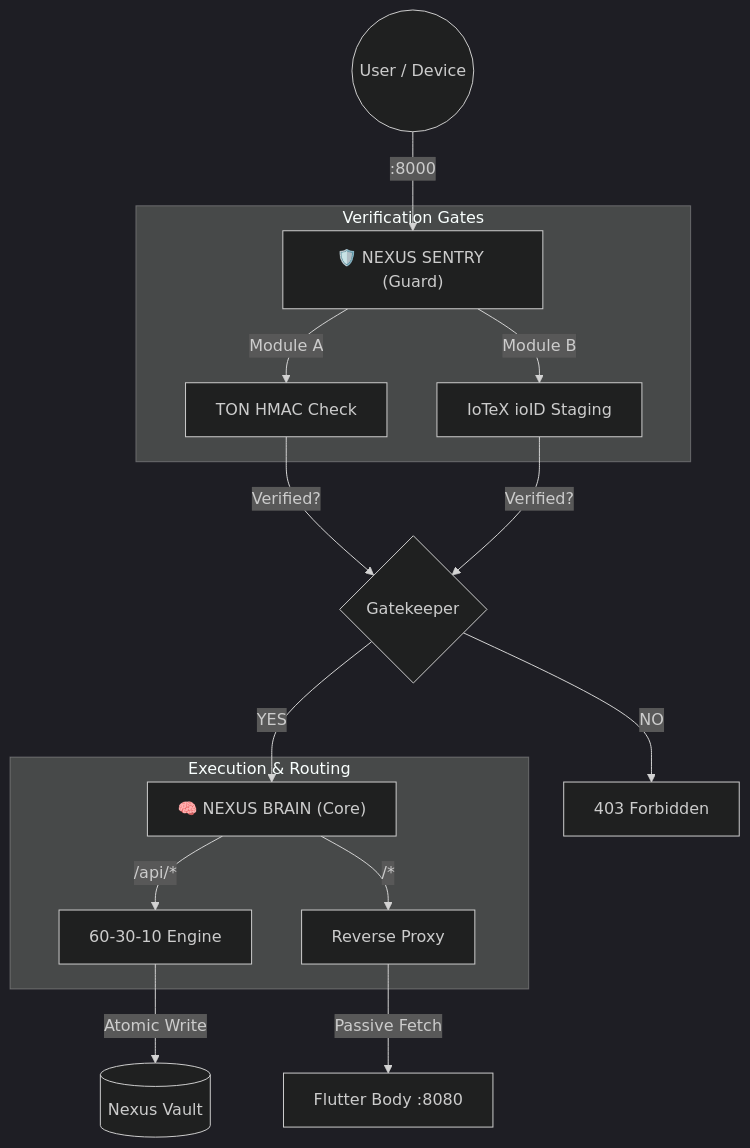
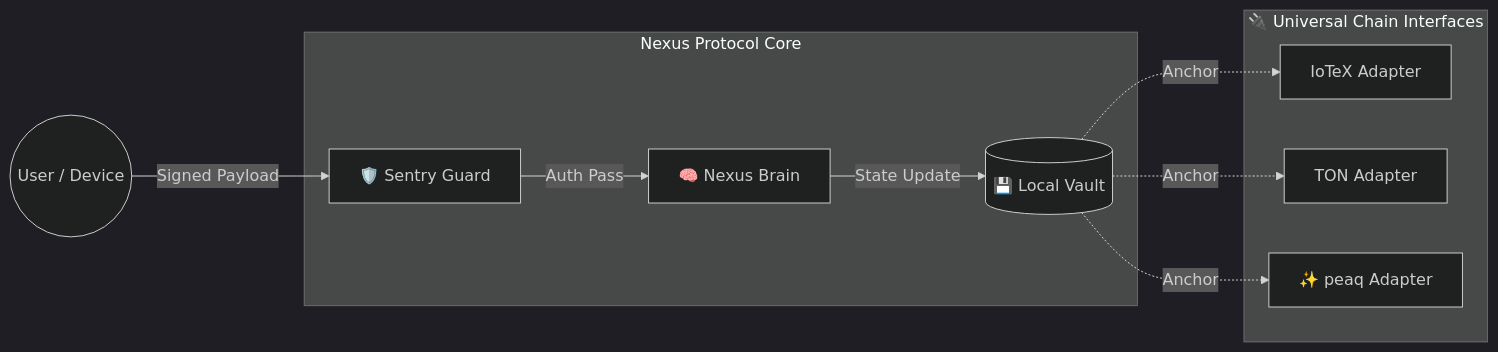
One commit to arhantbarmate/nexus-core changed the diagram in docs/ARCHITECTURE.md. Above: the diagram before and after it, drawn with Mermaid (dark theme). The commit also changed other lines of this file, not shown here.

Commit message:
docs: complete rewrite of architecture spec

````diff
--- a/docs/ARCHITECTURE.md
+++ b/docs/ARCHITECTURE.md
@@ -26,22 +14,15 @@
 ```mermaid
-graph TD
-    User((User / Device)) -->|:8000| Sentry["🛡️ NEXUS SENTRY (Guard)"]
+graph LR
+    User((User / Device)) -->|Signed Payload| Sentry[🛡️ Sentry Guard]
     
-    subgraph Sentry_Modules [Verification Gates]
-        Sentry -->|Module A| TON[TON HMAC Check]
-        Sentry -->|Module B| IOTX[IoTeX ioID Staging]
-    end
-
-    TON & IOTX -->|Verified?| Logic{Gatekeeper}
-    
-    Logic -->|NO| Reject[403 Forbidden]
-    Logic -->|YES| Brain["🧠 NEXUS BRAIN (Core)"]
-    
-    subgraph Brain_Internals [Execution & Routing]
-        Brain -->|/api/*| Engine[60-30-10 Engine]
-        Brain -->|/*| Proxy[Reverse Proxy]
+    subgraph Sovereign_Node [Nexus Protocol Core]
+        Sentry -->|Auth Pass| Brain[🧠 Nexus Brain]
+        Brain -->|State Update| Vault[(💾 Local Vault)]
     end
     
-    Engine -->|Atomic Write| Vault[(Nexus Vault)]
-    Proxy -->|Passive Fetch| Body[Flutter Body :8080]
+    subgraph Adapters [🔌 Universal Chain Interfaces]
+        Vault -.->|Anchor| IOTX[IoTeX Adapter]
+        Vault -.->|Anchor| TON[TON Adapter]
+        Vault -.->|Anchor| PEAQ[✨ peaq Adapter]
+    end
 ```
````
